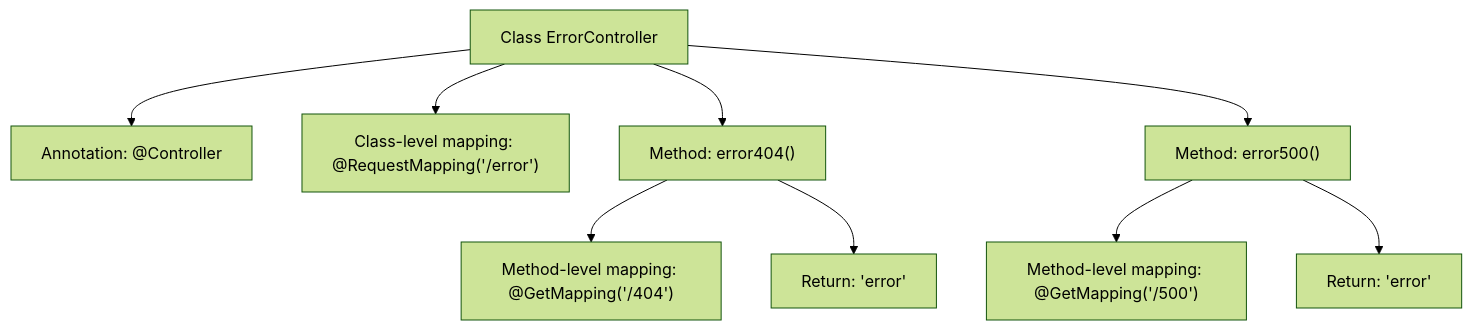
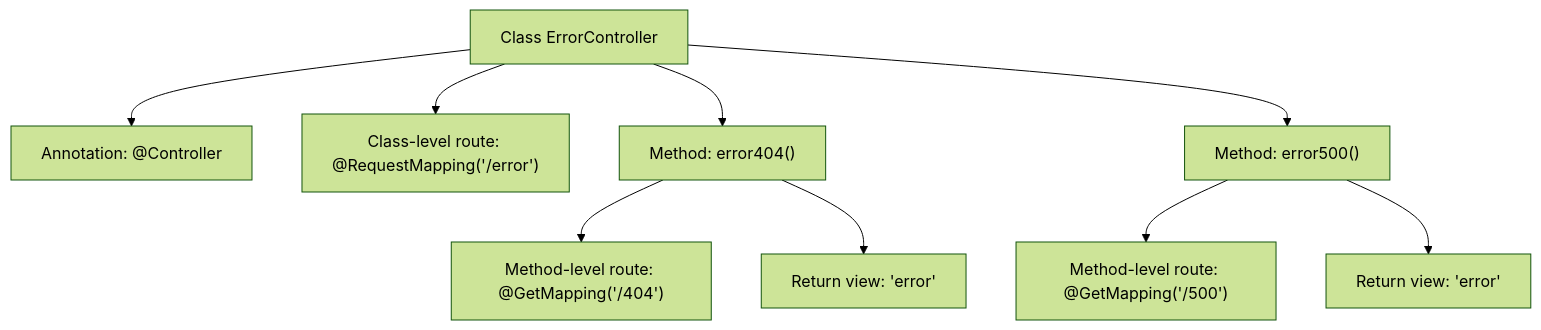
The second of 2 diagrams in docs/en/docs/src/main/java/com/github/binarywang/demo/wx/miniapp/error/ErrorController.md (v-wjrong/binary_weixin-java-miniapp-demo), drawn with Mermaid (forest theme) before and after one commit. The commit also changed other lines of this file and 50 other files, not shown here.

````diff
--- a/docs/en/docs/src/main/java/com/github/binarywang/demo/wx/miniapp/error/ErrorController.md
+++ b/docs/en/docs/src/main/java/com/github/binarywang/demo/wx/miniapp/error/ErrorController.md
@@ -56,21 +50,21 @@
 ```mermaid
 graph TD
     A["Class ErrorController"]
     B["Annotation: @Controller"]
-    C["Class-level mapping: @RequestMapping('/error')"]
+    C["Class-level route: @RequestMapping('/error')"]
     D["Method: error404()"]
-    E["Method-level mapping: @GetMapping('/404')"]
-    F["Return: 'error'"]
+    E["Method-level route: @GetMapping('/404')"]
+    F["Return view: 'error'"]
     G["Method: error500()"]
-    H["Method-level mapping: @GetMapping('/500')"]
-    I["Return: 'error'"]
+    H["Method-level route: @GetMapping('/500')"]
+    I["Return view: 'error'"]
 
     A --> B
     A --> C
     A --> D
     D --> E
     D --> F
     A --> G
     G --> H
     G --> I
 ```
````
